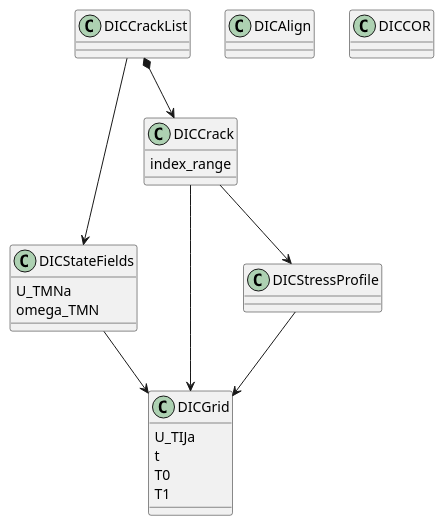
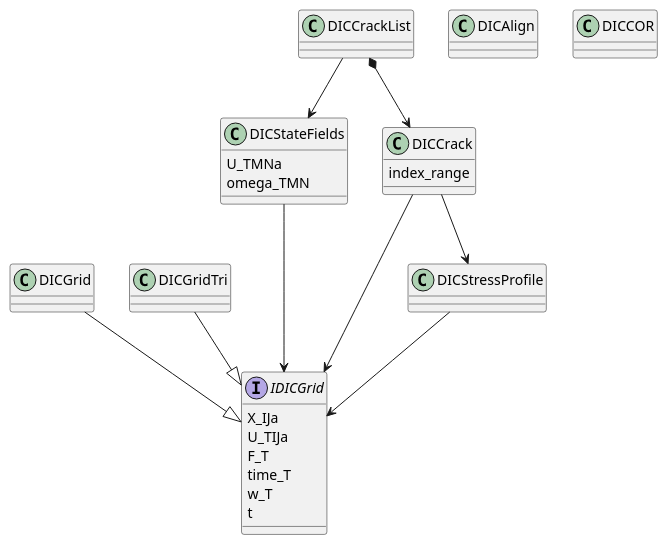
Before and after one commit to bmcs-group/bmcs_shear_zone: the diagram in bmcs_shear/dic_crack/class_diagram.puml, drawn with PlantUML. The commit also changed 8 other files, not shown here.

```diff
--- a/bmcs_shear/dic_crack/class_diagram.puml
+++ b/bmcs_shear/dic_crack/class_diagram.puml
@@ -1,39 +1,50 @@
 @startuml
 'https://plantuml.com/class-diagram
 
+interface IDICGrid {
+  X_IJa
+  U_TIJa
+  F_T
+  time_T
+  w_T
+  t
+}
 
 class DICGrid {
-  U_TIJa
-  t
-  T0
-  T1
 }
+
+DICGrid --|> IDICGrid
+
+class DICGridTri {
+}
+
+DICGridTri --|> IDICGrid
 
 class DICStateFields{
   U_TMNa
   omega_TMN
 }
 
-DICStateFields --> DICGrid
+DICStateFields --> IDICGrid
 
 class DICCrack {
    index_range
 }
 
 DICCrackList --> DICStateFields
 
 DICCrackList *--> DICCrack
 
-DICCrack --> DICGrid
+DICCrack --> IDICGrid
 
 DICCrack --> DICStressProfile
 
-DICStressProfile --> DICGrid
+DICStressProfile --> IDICGrid
 
 class DICAlign{
 }
 
 class DICCOR{
 }
 
 @enduml
```
